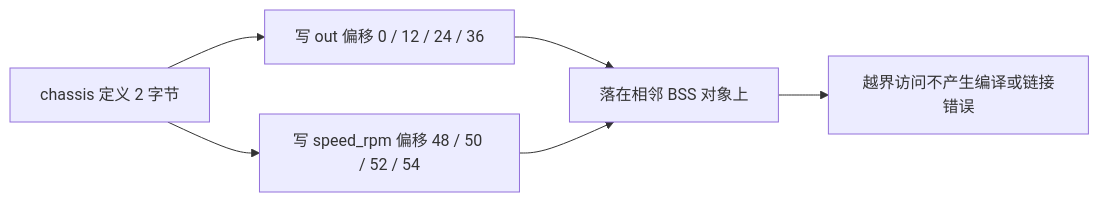
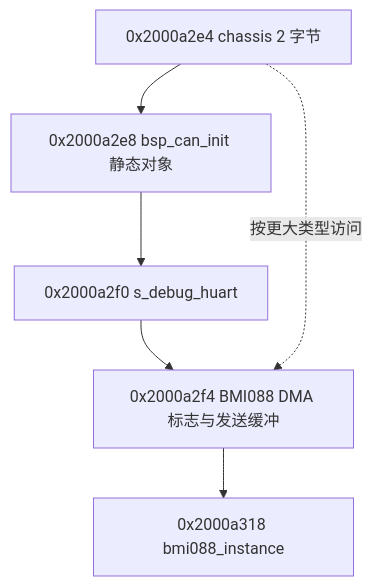
The third of 3 diagrams in docs/03-CAN 与电机/06-功率控制/05-易错点与排查顺序.md (TC635807/TC63PersonalWebsite), drawn with Mermaid before and after one commit. The commit also changed other lines of this file and 728 other files, not shown here.

````diff
--- a/docs/03-CAN 与电机/06-功率控制/05-易错点与排查顺序.md
+++ b/docs/03-CAN 与电机/06-功率控制/05-易错点与排查顺序.md
@@ -56,8 +96,8 @@
 ```mermaid
-flowchart LR
-  D["chassis 定义 2 字节"] --> W1["写 out 偏移 0 / 12 / 24 / 36"]
-  D --> W2["写 speed_rpm 偏移 48 / 50 / 52 / 54"]
-  W1 --> N["落在相邻 BSS 对象上"]
-  W2 --> N
-  N --> P["越界访问不产生编译或链接错误"]
+flowchart TD
+  A["0x2000a2e4 chassis 2 字节"] --> B["0x2000a2e8 bsp_can_init 静态对象"]
+  B --> C["0x2000a2f0 s_debug_huart"]
+  C --> D["0x2000a2f4 BMI088 DMA 标志与发送缓冲"]
+  D --> E["0x2000a318 bmi088_instance"]
+  A -.->|"按更大类型访问"| D
 ```
````
